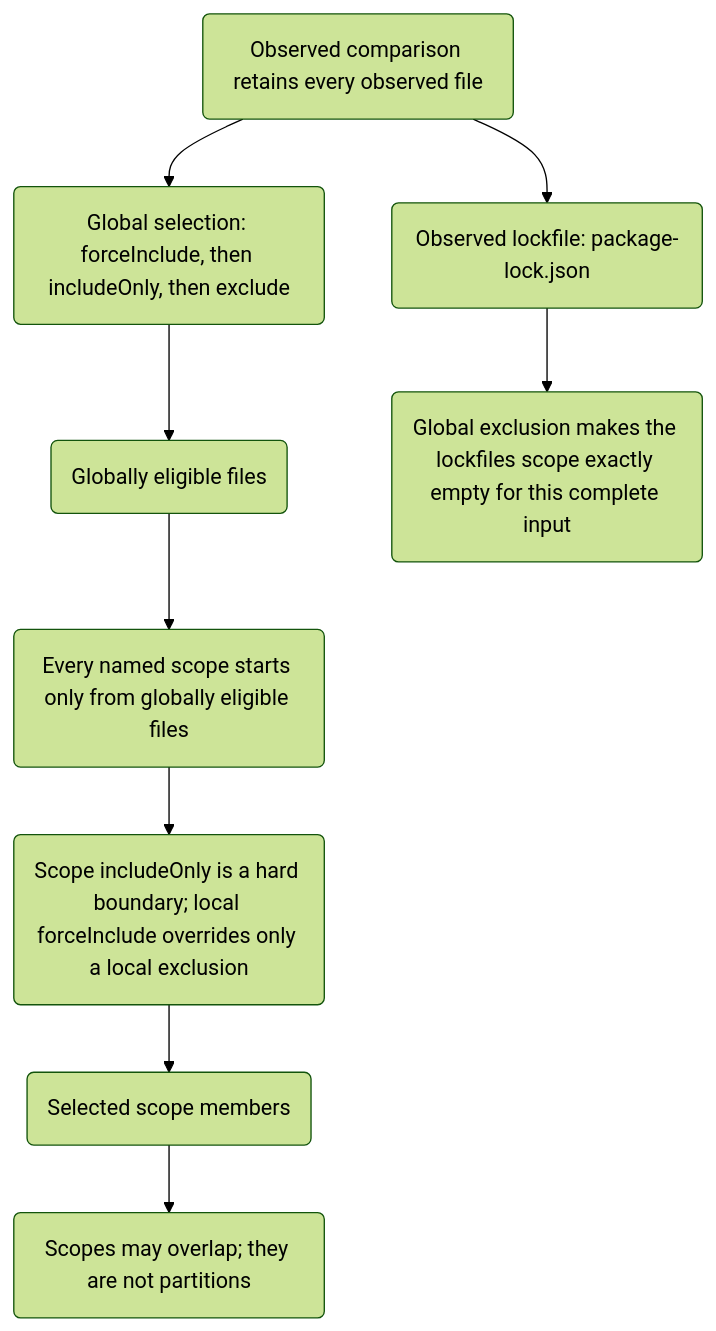
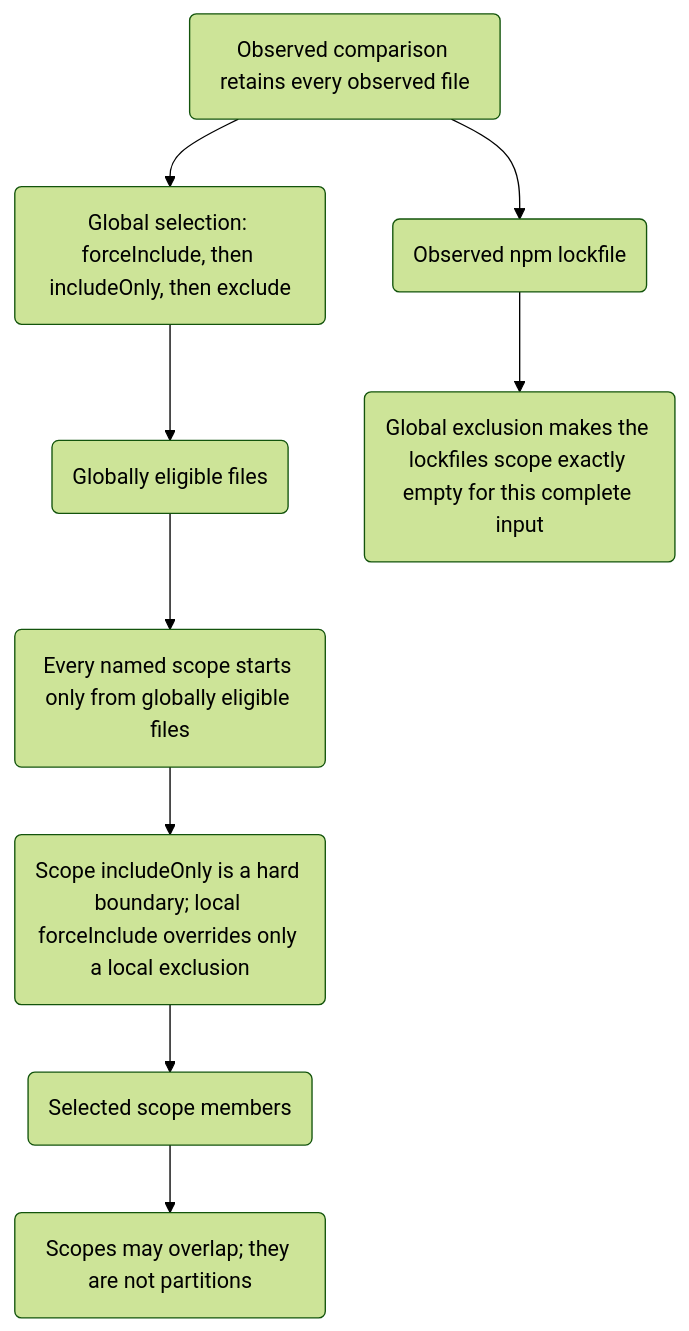
One commit to Wolfsblvt/diffdevil changed the diagram in docs/manual/assets/visuals/selection-boundaries.mmd. Above: the diagram before and after it, drawn with Mermaid (forest theme).

Commit message:
docs: use a readable lockfile node label
Keep the concrete package-lock path in the surrounding canonical prose and use a compact semantic label in the diagram so Mermaid no longer splits the filename mid-token.

Co-authored-via: Nyxara | ChatGPT Web | GPT-5.6 Sol Pro | Pro

```diff
--- a/docs/manual/assets/visuals/selection-boundaries.mmd
+++ b/docs/manual/assets/visuals/selection-boundaries.mmd
@@ -1,24 +1,24 @@
 flowchart TB
     accTitle: Global and scoped file selection have different boundaries
     accDescr: The observed comparison retains every observed file. Global forceInclude, includeOnly, and exclude determine the globally eligible population. Each named scope begins only from that population, applies a hard includeOnly boundary, and may use local forceInclude only against local exclusions. A globally excluded lockfile remains observed but cannot be reintroduced by its scope.
 
     observed("Observed comparison retains every observed file"):::focus
     global("Global selection: forceInclude, then includeOnly, then exclude")
     eligible("Globally eligible files"):::ok
     scope("Every named scope starts only from globally eligible files")
     boundary("Scope includeOnly is a hard boundary; local forceInclude overrides only a local exclusion")
     selected("Selected scope members"):::ok
     overlap("Scopes may overlap; they are not partitions")
 
-    lockfile("Observed lockfile: package-lock.json"):::bad
+    lockfile("Observed npm lockfile"):::bad
     empty("Global exclusion makes the lockfiles scope exactly empty for this complete input"):::bad
 
     observed --> global
     global --> eligible
     eligible --> scope
     scope --> boundary
     boundary --> selected
     selected --> overlap
 
     observed --> lockfile
     lockfile --> empty
```
